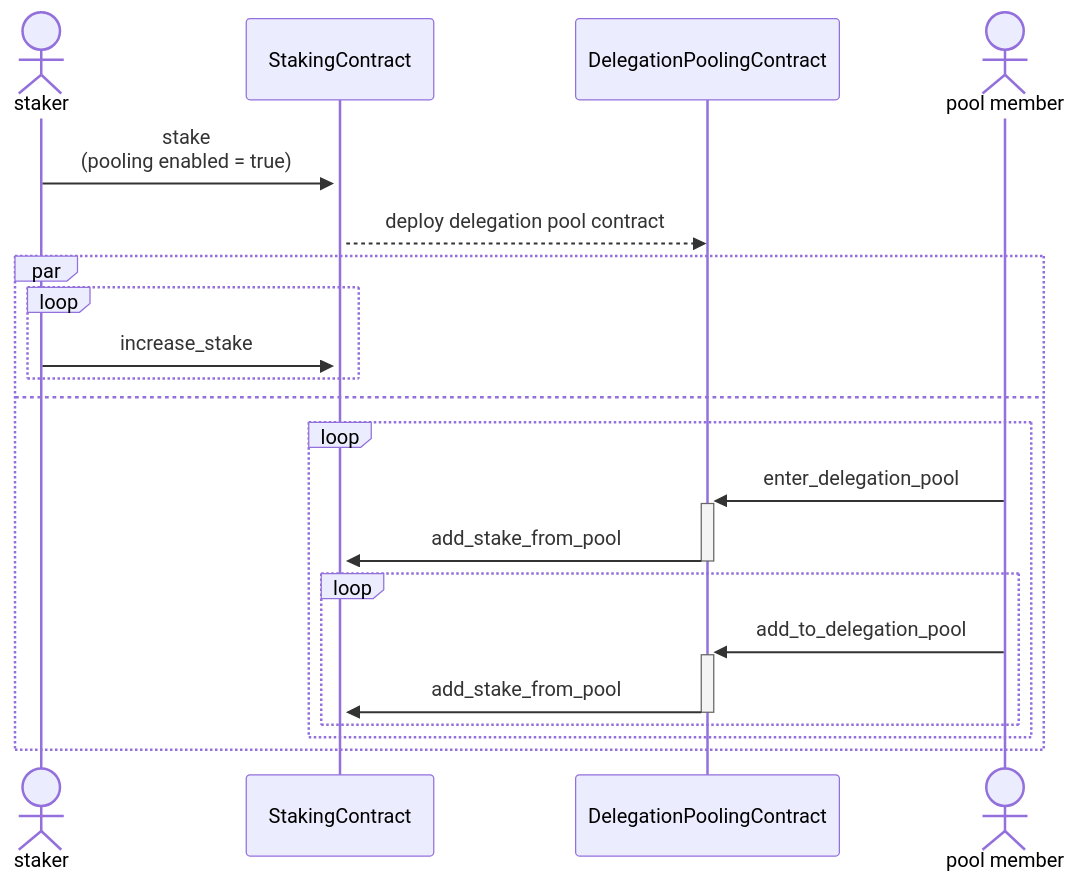
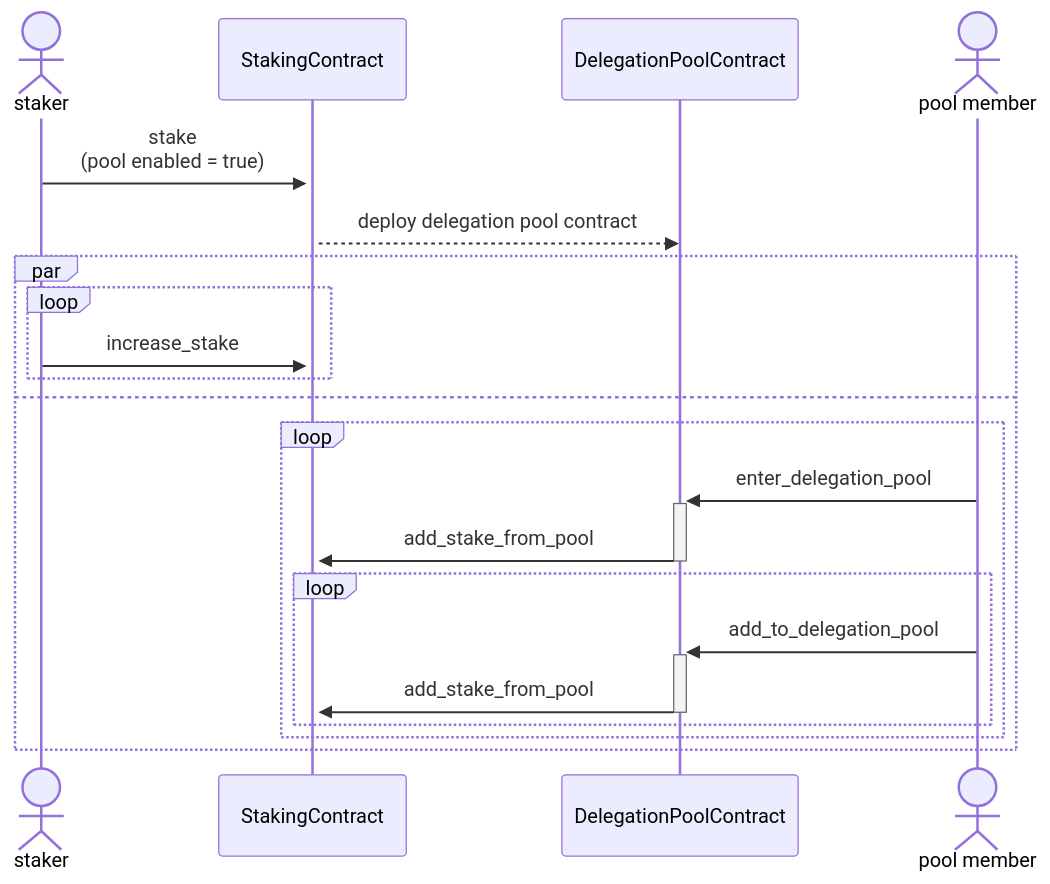
The third of 8 diagrams in workspace/apps/staking/docs/spec.md (starkware-libs/starknet-staking), drawn with Mermaid before and after one commit. The commit also changed other lines of this file and 16 other files, not shown here.

Commit message:
fix(staking): change pooling to pool (#1704)

````diff
--- a/workspace/apps/staking/docs/spec.md
+++ b/workspace/apps/staking/docs/spec.md
@@ -254,23 +254,23 @@
 ```mermaid
 sequenceDiagram
   actor staker
   participant StakingContract
-  participant DelegationPoolingContract
+  participant DelegationPoolContract
   actor pool member
-  staker ->>+ StakingContract: stake<br/>(pooling enabled = true)
-  StakingContract -->> DelegationPoolingContract: deploy delegation pool contract
+  staker ->>+ StakingContract: stake<br/>(pool enabled = true)
+  StakingContract -->> DelegationPoolContract: deploy delegation pool contract
   par
     loop
       staker ->> StakingContract: increase_stake
     end
   and
     loop
-      pool member ->>+ DelegationPoolingContract: enter_delegation_pool
-      DelegationPoolingContract ->>- StakingContract: add_stake_from_pool
+      pool member ->>+ DelegationPoolContract: enter_delegation_pool
+      DelegationPoolContract ->>- StakingContract: add_stake_from_pool
       loop
-        pool member ->>+ DelegationPoolingContract: add_to_delegation_pool
-        DelegationPoolingContract ->>- StakingContract: add_stake_from_pool
+        pool member ->>+ DelegationPoolContract: add_to_delegation_pool
+        DelegationPoolContract ->>- StakingContract: add_stake_from_pool
       end
     end
   end
 ```
````
